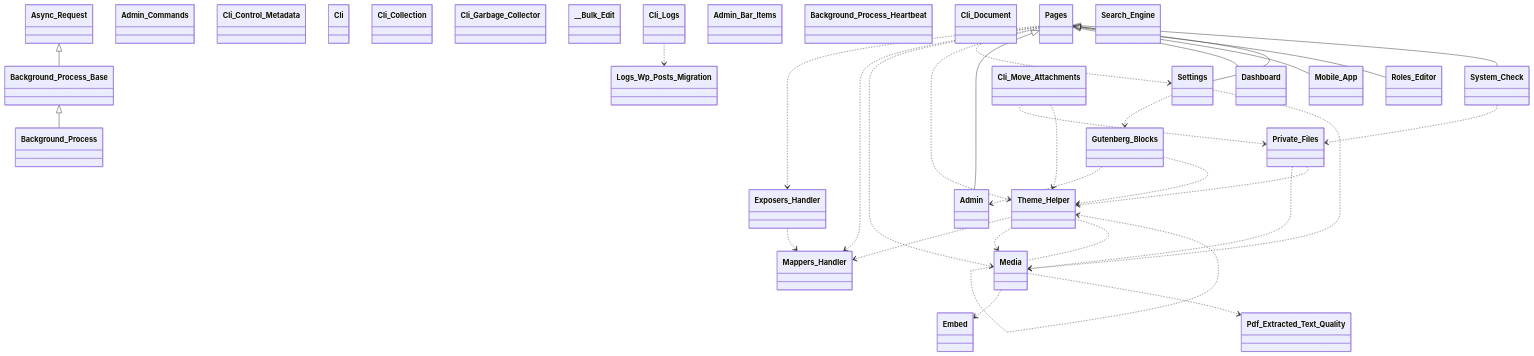
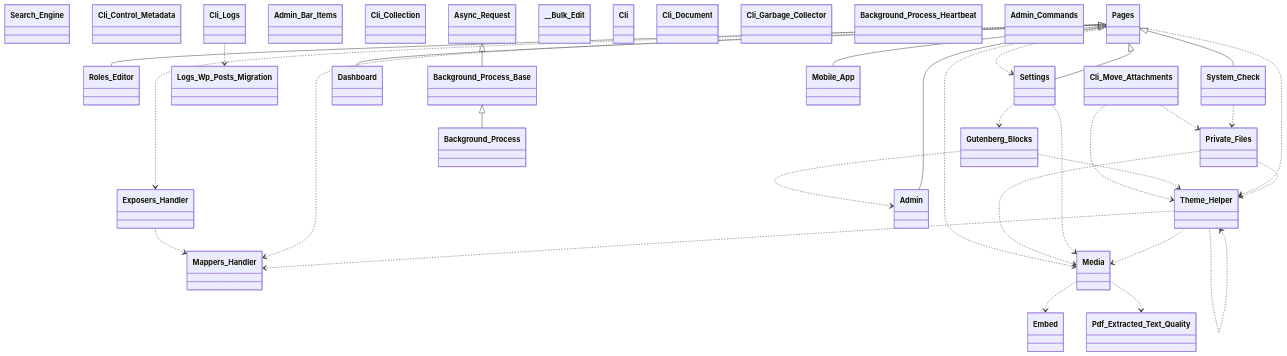
One commit to tainacan/tainacan changed the first of 13 diagrams in docs/phpdoc/Home.md. Above: the diagram before and after it, drawn with Mermaid. The commit also changed other lines of this file and 95 other files, not shown here.

````diff
--- a/docs/phpdoc/Home.md
+++ b/docs/phpdoc/Home.md
@@ -126,64 +126,64 @@
 ```mermaid
 classDiagram
     direction TB
+    class Search_Engine { }
+    class Cli_Control_Metadata { }
+    class Roles_Editor { }
+    class Background_Process_Base { }
     class Pages { }
-    class System_Check { }
-    class Admin_Commands { }
-    class Admin { }
+    class Admin_Bar_Items { }
+    class Cli_Collection { }
+    class Logs_Wp_Posts_Migration { }
+    class Cli_Logs { }
+    class Private_Files { }
     class Gutenberg_Blocks { }
     class Theme_Helper { }
-    class Pdf_Extracted_Text_Quality { }
-    class Media { }
-    class Mappers_Handler { }
-    class Background_Process { }
-    class Cli_Control_Metadata { }
-    class Background_Process_Base { }
-    class Settings { }
-    class Roles_Editor { }
-    class Cli { }
-    class Cli_Collection { }
-    class Mobile_App { }
-    class Dashboard { }
-    class Embed { }
-    class Cli_Garbage_Collector { }
+    class System_Check { }
     class __Bulk_Edit { }
     class Exposers_Handler { }
+    class Cli { }
+    class Dashboard { }
+    class Mappers_Handler { }
+    class Cli_Document { }
+    class Cli_Garbage_Collector { }
+    class Pdf_Extracted_Text_Quality { }
+    class Admin { }
+    class Embed { }
+    class Background_Process_Heartbeat { }
+    class Admin_Commands { }
+    class Cli_Move_Attachments { }
+    class Mobile_App { }
+    class Settings { }
+    class Background_Process { }
     class Async_Request { }
-    class Admin_Bar_Items { }
-    class Background_Process_Heartbeat { }
-    class Cli_Document { }
-    class Logs_Wp_Posts_Migration { }
-    class Cli_Logs { }
-    class Cli_Move_Attachments { }
-    class Search_Engine { }
-    class Private_Files { }
+    class Media { }
     Async_Request <|-- Background_Process_Base
     Background_Process_Base <|-- Background_Process
     Cli_Logs ..> Logs_Wp_Posts_Migration
     Cli_Move_Attachments ..> Private_Files
     Cli_Move_Attachments ..> Theme_Helper
     Exposers_Handler ..> Mappers_Handler
     Gutenberg_Blocks ..> Admin
     Gutenberg_Blocks ..> Theme_Helper
     Media ..> Embed
     Media ..> Pdf_Extracted_Text_Quality
     Pages ..> Exposers_Handler
     Pages ..> Mappers_Handler
     Pages ..> Media
     Pages ..> Settings
     Pages ..> Theme_Helper
     Pages <|-- Admin
     Pages <|-- Dashboard
     Pages <|-- Mobile_App
     Pages <|-- Roles_Editor
     Pages <|-- Settings
     Pages <|-- System_Check
     Private_Files ..> Media
     Private_Files ..> Theme_Helper
     Settings ..> Gutenberg_Blocks
     Settings ..> Media
     System_Check ..> Private_Files
     Theme_Helper ..> Mappers_Handler
     Theme_Helper ..> Media
     Theme_Helper ..> Theme_Helper
 ```
````
